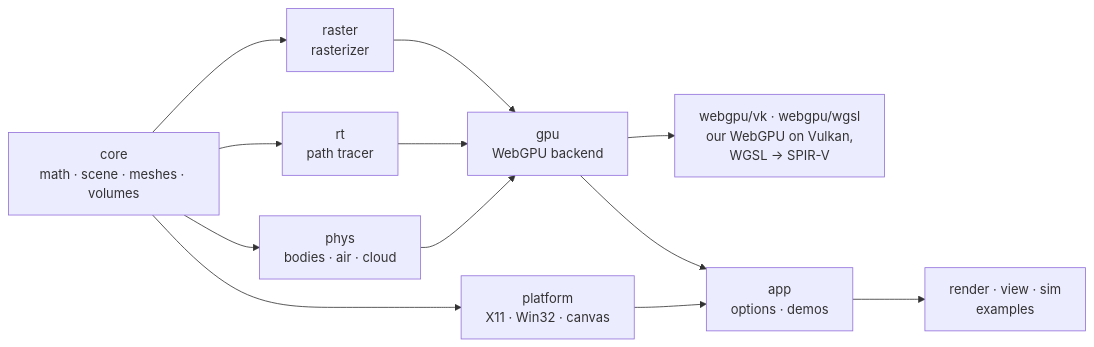
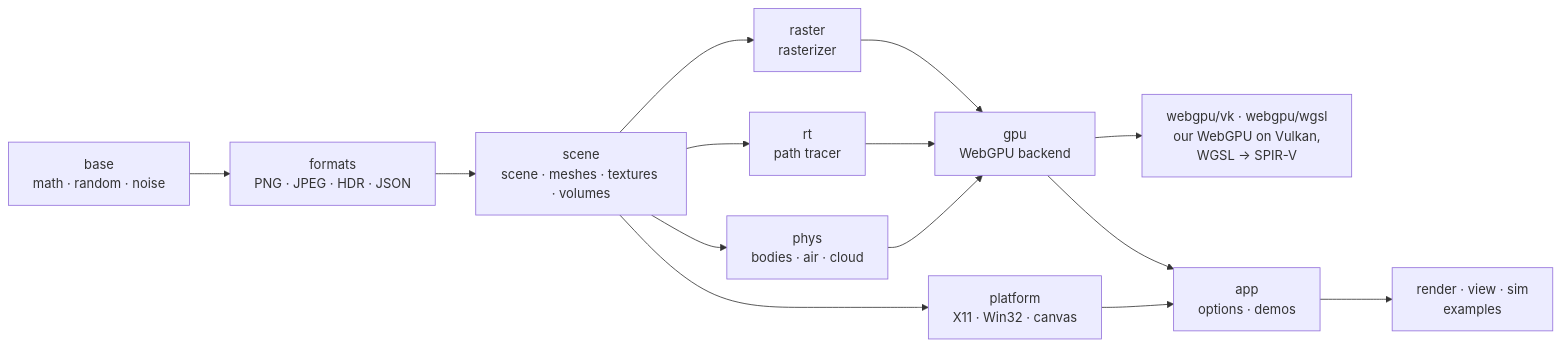
One commit to logicesecutor/little_renderer changed the diagram in README.md. Above: the diagram before and after it, drawn with Mermaid. The commit also changed 129 other files, not shown here.

Commit message:
engine: core/ split into base/ (math, random, clock, noise, sampler), formats/ (PNG, JPEG, HDR, JSON) and scene/ (what the backends draw); check-layers by the new layers

````diff
--- a/README.md
+++ b/README.md
@@ -94,14 +94,16 @@
 ```mermaid
 flowchart LR
-    core["core<br/>math · scene · meshes · volumes"] --> raster["raster<br/>rasterizer"]
-    core --> rt["rt<br/>path tracer"]
-    core --> phys["phys<br/>bodies · air · cloud"]
-    core --> platform["platform<br/>X11 · Win32 · canvas"]
+    base["base<br/>math · random · noise"] --> formats["formats<br/>PNG · JPEG · HDR · JSON"]
+    formats --> scene["scene<br/>scene · meshes · textures · volumes"]
+    scene --> raster["raster<br/>rasterizer"]
+    scene --> rt["rt<br/>path tracer"]
+    scene --> phys["phys<br/>bodies · air · cloud"]
+    scene --> platform["platform<br/>X11 · Win32 · canvas"]
     raster --> gpu["gpu<br/>WebGPU backend"]
     rt --> gpu
     phys --> gpu
     gpu --> vk["webgpu/vk · webgpu/wgsl<br/>our WebGPU on Vulkan,<br/>WGSL → SPIR-V"]
     gpu --> app["app<br/>options · demos"]
     platform --> app
     app --> programs["render · view · sim<br/>examples"]
 ```
````
